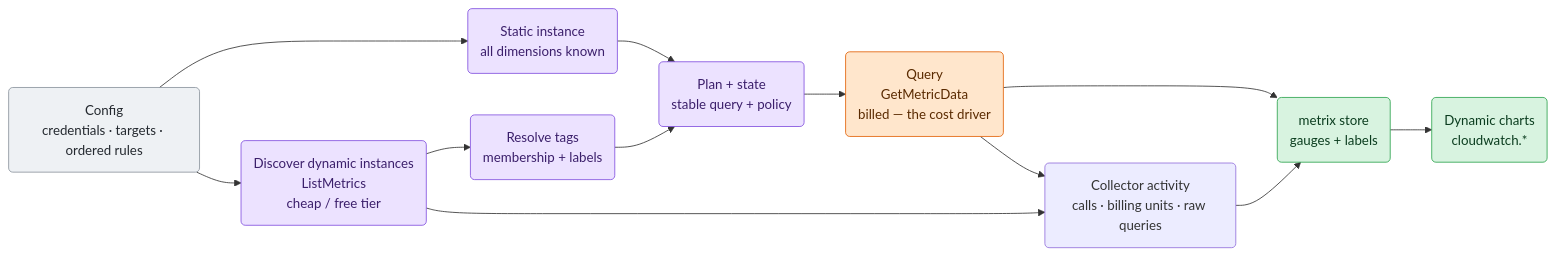
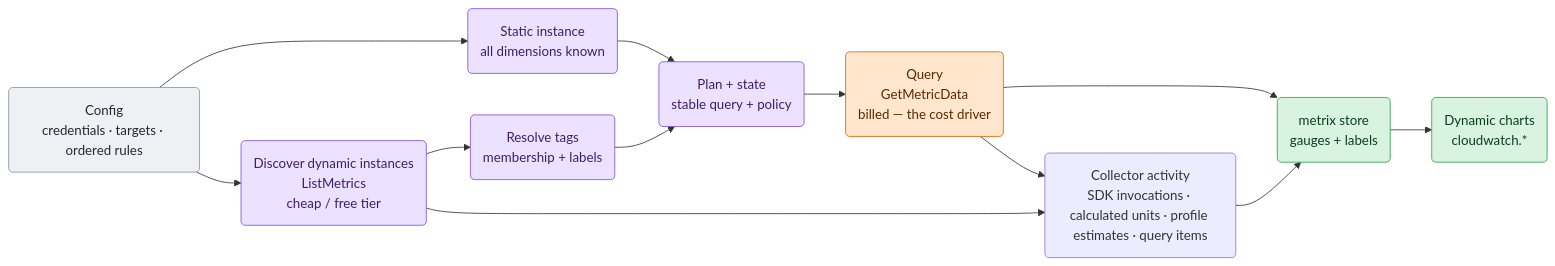
Before and after one commit to netdata/netdata: the first of 3 diagrams in src/go/plugin/go.d/collector/cloudwatch/ARCHITECTURE.md, drawn with Mermaid. The commit also changed other lines of this file and 15 other files, not shown here.

Commit message:
feat(go.d/cloudwatch): clarify collector activity metrics

````diff
--- a/src/go/plugin/go.d/collector/cloudwatch/ARCHITECTURE.md
+++ b/src/go/plugin/go.d/collector/cloudwatch/ARCHITECTURE.md
@@ -39,27 +39,27 @@
 ```mermaid
 flowchart LR
     cfg("Config<br/>credentials · targets · ordered rules")
     static("Static instance<br/>all dimensions known")
     disc("Discover dynamic instances<br/>ListMetrics<br/>cheap / free tier")
     tags("Resolve tags<br/>membership + labels")
     plan("Plan + state<br/>stable query + policy")
     query("Query<br/>GetMetricData<br/>billed — the cost driver")
-    activity("Collector activity<br/>calls · billing units · raw queries")
+    activity("Collector activity<br/>SDK invocations · calculated units · profile estimates · query items")
     store("metrix store<br/>gauges + labels")
     charts("Dynamic charts<br/>cloudwatch.*")
 
     cfg --> static --> plan
     cfg --> disc --> tags --> plan --> query --> store --> charts
     disc --> activity --> store
     query --> activity
 
     classDef input fill:#eef1f4,stroke:#8b949e,color:#24292f;
     classDef sched fill:#ece2ff,stroke:#8250df,color:#3b1f6b;
     classDef effect fill:#ffe6cc,stroke:#e36209,color:#5a2a00;
     classDef commit fill:#d8f3e0,stroke:#2da44e,color:#0b3d1f;
 
     class cfg input
     class static,disc,tags,plan sched
     class query effect
     class store,charts commit
 ```
````
